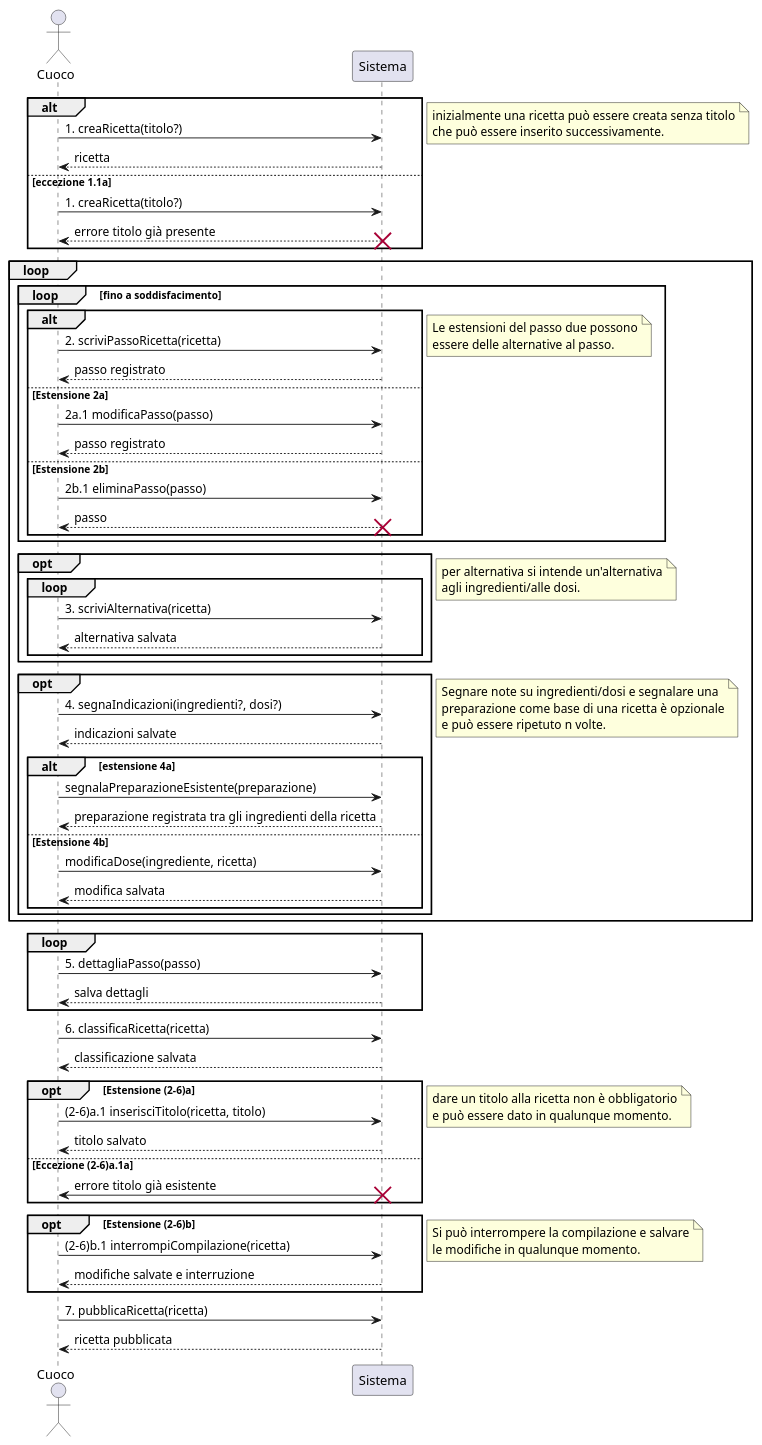
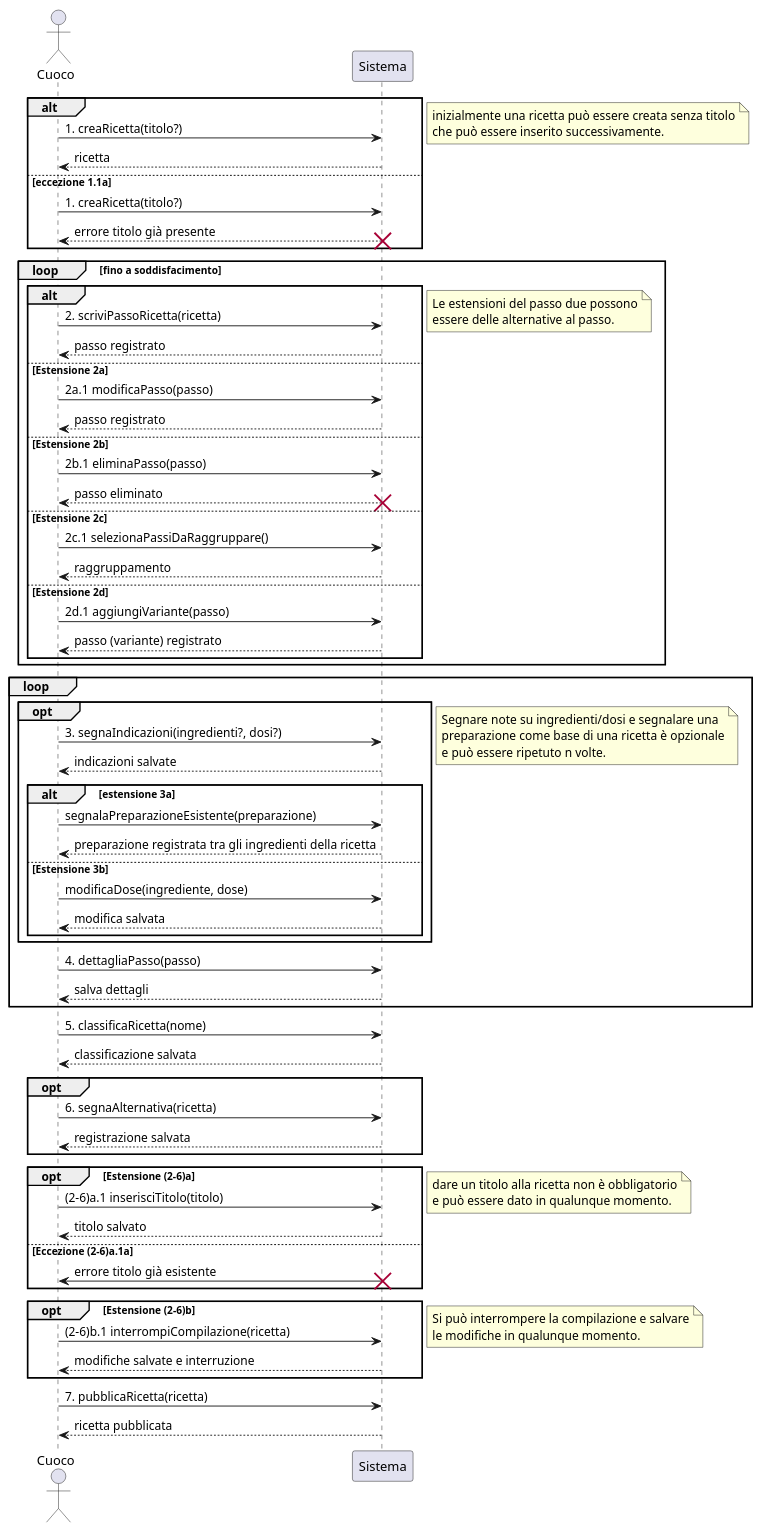
Before and after one commit to m0canu1/sas: the diagram in ssd/ssd-ricette.md, drawn with PlantUML. The commit also changed 1 other file, not shown here.

Commit message:
Modifiche del caso d'uso delle ricette sul MDD e SSD

````diff
--- a/ssd/ssd-ricette.md
+++ b/ssd/ssd-ricette.md
@@ -2,81 +2,83 @@
 ```plantuml
 
 actor Cuoco
 participant Sistema
 
 alt 
 Cuoco -> Sistema : 1. creaRicetta(titolo?)
 	Sistema --> Cuoco : ricetta
 else eccezione 1.1a
 Cuoco -> Sistema : 1. creaRicetta(titolo?)
 	
 	Sistema --> Cuoco : errore titolo già presente
 	destroy Sistema
 end
 note right: inizialmente una ricetta può essere creata senza titolo\nche può essere inserito successivamente.
-loop
-	loop fino a soddisfacimento 
+loop fino a soddisfacimento 
 		alt 
 		Cuoco -> Sistema : 2. scriviPassoRicetta(ricetta)
 		Sistema --> Cuoco : passo registrato
 		else Estensione 2a
 			Cuoco -> Sistema: 2a.1 modificaPasso(passo)
 			Sistema --> Cuoco: passo registrato 
 		else Estensione 2b
 			Cuoco -> Sistema: 2b.1 eliminaPasso(passo)
-			Sistema --> Cuoco: passo
+			Sistema --> Cuoco: passo eliminato
 			destroy Sistema 
-		end
+        else Estensione 2c
+            Cuoco -> Sistema: 2c.1 selezionaPassiDaRaggruppare()
+            Sistema --> Cuoco: raggruppamento
+        else Estensione 2d
+            Cuoco -> Sistema : 2d.1 aggiungiVariante(passo)
+            Sistema --> Cuoco: passo (variante) registrato
+
+        end
 		note right: Le estensioni del passo due possono\nessere delle alternative al passo.
-	end
+end
 
-	opt
-		loop
-			Cuoco -> Sistema : 3. scriviAlternativa(ricetta)
-			Sistema --> Cuoco : alternativa salvata
-		end
-	end
-	note right: per alternativa si intende un'alternativa\nagli ingredienti/alle dosi.
-
+loop
 	opt	
-			Cuoco -> Sistema : 4. segnaIndicazioni(ingredienti?, dosi?)
+			Cuoco -> Sistema : 3. segnaIndicazioni(ingredienti?, dosi?)
 			Sistema --> Cuoco : indicazioni salvate
-			alt estensione 4a
+			alt estensione 3a
 				Cuoco -> Sistema : segnalaPreparazioneEsistente(preparazione)
 				Sistema --> Cuoco : preparazione registrata tra gli ingredienti della ricetta
-			else Estensione 4b
-				Cuoco -> Sistema : modificaDose(ingrediente, ricetta)
+			else Estensione 3b
+				Cuoco -> Sistema : modificaDose(ingrediente, dose)
 				Sistema --> Cuoco: modifica salvata
 			end
 	end
 	note right: Segnare note su ingredienti/dosi e segnalare una\npreparazione come base di una ricetta è opzionale\ne può essere ripetuto n volte.
+
+	Cuoco -> Sistema : 4. dettagliaPasso(passo)
+	Sistema --> Cuoco : salva dettagli
+
+end
+Cuoco -> Sistema : 5. classificaRicetta(nome)
+Sistema --> Cuoco : classificazione salvata
+
+opt
+    Cuoco -> Sistema : 6. segnaAlternativa(ricetta)
+    Sistema --> Cuoco : registrazione salvata
 end
 
-loop
-	Cuoco -> Sistema : 5. dettagliaPasso(passo)
-	Sistema --> Cuoco : salva dettagli
-end
-
-Cuoco -> Sistema : 6. classificaRicetta(ricetta)
-Sistema --> Cuoco : classificazione salvata
-
 opt Estensione (2-6)a
-		Cuoco -> Sistema : (2-6)a.1 inserisciTitolo(ricetta, titolo)
+		Cuoco -> Sistema : (2-6)a.1 inserisciTitolo(titolo)
 		Sistema --> Cuoco: titolo salvato
 	else Eccezione (2-6)a.1a
 		Sistema -> Cuoco : errore titolo già esistente
 		destroy Sistema
 end
 note right: dare un titolo alla ricetta non è obbligatorio\ne può essere dato in qualunque momento.
 
 opt Estensione (2-6)b
 	Cuoco -> Sistema :(2-6)b.1 interrompiCompilazione(ricetta)
 	Sistema --> Cuoco : modifiche salvate e interruzione
 end
 note right: Si può interrompere la compilazione e salvare\nle modifiche in qualunque momento.
 
 Cuoco -> Sistema : 7. pubblicaRicetta(ricetta)
 Sistema --> Cuoco : ricetta pubblicata
 
 
 ```
````
